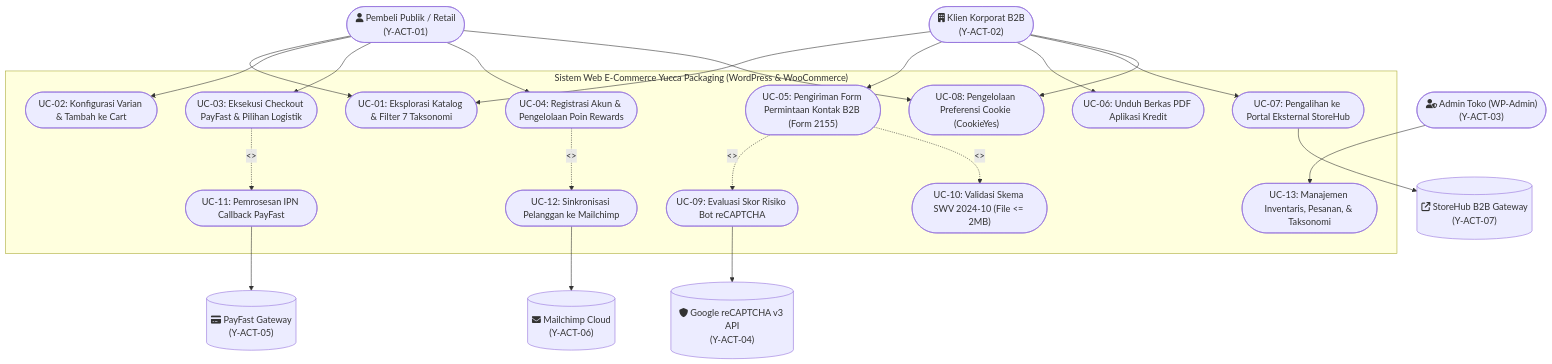
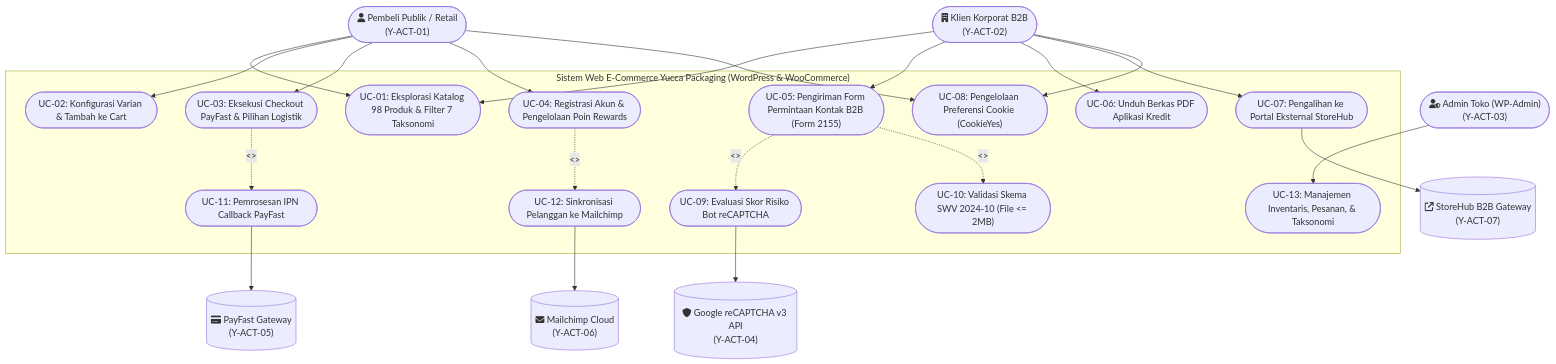
Before and after one commit to Farid-Ze/alfab: the first of 11 diagrams in docs/yucca-uml-system-documentation.md, drawn with Mermaid. The commit also changed other lines of this file and 2 other files, not shown here.

Commit message:
docs: create comprehensive technical documentation for Yucca Packaging e-commerce system architecture and UML modeling

````diff
--- a/docs/yucca-uml-system-documentation.md
+++ b/docs/yucca-uml-system-documentation.md
@@ -157,59 +214,59 @@
 ```mermaid
 graph TD
     %% Actors
     Shopper(["fa:fa-user Pembeli Publik / Retail<br>(Y-ACT-01)"])
     B2BClient(["fa:fa-building Klien Korporat B2B<br>(Y-ACT-02)"])
     AdminStore(["fa:fa-user-shield Admin Toko (WP-Admin)<br>(Y-ACT-03)"])
     
     GoogleRecaptcha[("fa:fa-shield Google reCAPTCHA v3 API<br>(Y-ACT-04)")]
     PayFastGateway[("fa:fa-credit-card PayFast Gateway<br>(Y-ACT-05)")]
     MailchimpService[("fa:fa-envelope Mailchimp Cloud<br>(Y-ACT-06)")]
     StoreHubService[("fa:fa-external-link StoreHub B2B Gateway<br>(Y-ACT-07)")]
 
     %% Boundary
     subgraph YuccaSystemBoundary ["Sistem Web E-Commerce Yucca Packaging (WordPress & WooCommerce)"]
-        Y_UC01(["UC-01: Eksplorasi Katalog & Filter 7 Taksonomi"])
+        Y_UC01(["UC-01: Eksplorasi Katalog 98 Produk & Filter 7 Taksonomi"])
         Y_UC02(["UC-02: Konfigurasi Varian & Tambah ke Cart"])
         Y_UC03(["UC-03: Eksekusi Checkout PayFast & Pilihan Logistik"])
         Y_UC04(["UC-04: Registrasi Akun & Pengelolaan Poin Rewards"])
         Y_UC05(["UC-05: Pengiriman Form Permintaan Kontak B2B (Form 2155)"])
         Y_UC06(["UC-06: Unduh Berkas PDF Aplikasi Kredit"])
         Y_UC07(["UC-07: Pengalihan ke Portal Eksternal StoreHub"])
         Y_UC08(["UC-08: Pengelolaan Preferensi Cookie (CookieYes)"])
         
         %% Internal System Sub-Use Cases
         Y_UC09(["UC-09: Evaluasi Skor Risiko Bot reCAPTCHA"])
         Y_UC10(["UC-10: Validasi Skema SWV 2024-10 (File <= 2MB)"])
         Y_UC11(["UC-11: Pemrosesan IPN Callback PayFast"])
         Y_UC12(["UC-12: Sinkronisasi Pelanggan ke Mailchimp"])
         Y_UC13(["UC-13: Manajemen Inventaris, Pesanan, & Taksonomi"])
     end
 
     %% Shopper Relationships
     Shopper --> Y_UC01
     Shopper --> Y_UC02
     Shopper --> Y_UC03
     Shopper --> Y_UC04
     Shopper --> Y_UC08
 
     %% B2B Client Relationships
     B2BClient --> Y_UC01
     B2BClient --> Y_UC05
     B2BClient --> Y_UC06
     B2BClient --> Y_UC07
     B2BClient --> Y_UC08
 
     %% Admin Relationships
     AdminStore --> Y_UC13
 
     %% Include / Extend
     Y_UC05 -.->|<<include>>| Y_UC09
     Y_UC05 -.->|<<include>>| Y_UC10
     Y_UC03 -.->|<<include>>| Y_UC11
     Y_UC04 -.->|<<include>>| Y_UC12
     
     Y_UC09 --> GoogleRecaptcha
     Y_UC11 --> PayFastGateway
     Y_UC12 --> MailchimpService
     Y_UC07 --> StoreHubService
 ```
````
